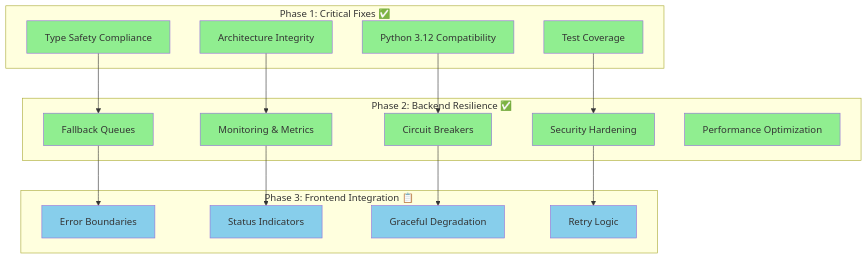
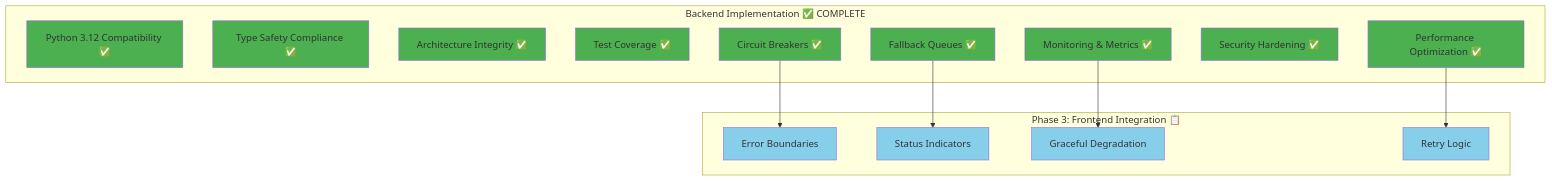
One commit to ottobunge/Photo-Explorer changed the first of 4 diagrams in spec/current/PHASES_OVERVIEW.md. Above: the diagram before and after it, drawn with Mermaid. The commit also changed other lines of this file and 4 other files, not shown here.

````diff
--- a/spec/current/PHASES_OVERVIEW.md
+++ b/spec/current/PHASES_OVERVIEW.md
@@ -8,48 +8,40 @@
 ```mermaid
 graph TB
-    subgraph "Phase 1: Critical Fixes ✅"
-        P1A[Python 3.12 Compatibility]
-        P1B[Type Safety Compliance]
-        P1C[Architecture Integrity]
-        P1D[Test Coverage]
-    end
-
-    subgraph "Phase 2: Backend Resilience ✅"
-        P2A[Circuit Breakers]
-        P2B[Fallback Queues]
-        P2C[Monitoring & Metrics]
-        P2D[Security Hardening]
-        P2E[Performance Optimization]
+    subgraph "Backend Implementation ✅ COMPLETE"
+        P1A[Python 3.12 Compatibility ✅]
+        P1B[Type Safety Compliance ✅]
+        P1C[Architecture Integrity ✅]
+        P1D[Test Coverage ✅]
+        P2A[Circuit Breakers ✅]
+        P2B[Fallback Queues ✅]
+        P2C[Monitoring & Metrics ✅]
+        P2D[Security Hardening ✅]
+        P2E[Performance Optimization ✅]
     end
 
     subgraph "Phase 3: Frontend Integration 📋"
         P3A[Error Boundaries]
         P3B[Status Indicators]
         P3C[Graceful Degradation]
         P3D[Retry Logic]
     end
 
-    P1A --> P2A
-    P1B --> P2B
-    P1C --> P2C
-    P1D --> P2D
+    P2A --> P3A
+    P2B --> P3B
+    P2C --> P3C
+    P2E --> P3D
 
-    P2A --> P3C
-    P2B --> P3A
-    P2C --> P3B
-    P2D --> P3D
-
-    style P1A fill:#90EE90
-    style P1B fill:#90EE90
-    style P1C fill:#90EE90
-    style P1D fill:#90EE90
-    style P2A fill:#90EE90
-    style P2B fill:#90EE90
-    style P2C fill:#90EE90
-    style P2D fill:#90EE90
-    style P2E fill:#90EE90
+    style P1A fill:#4CAF50
+    style P1B fill:#4CAF50
+    style P1C fill:#4CAF50
+    style P1D fill:#4CAF50
+    style P2A fill:#4CAF50
+    style P2B fill:#4CAF50
+    style P2C fill:#4CAF50
+    style P2D fill:#4CAF50
+    style P2E fill:#4CAF50
     style P3A fill:#87CEEB
     style P3B fill:#87CEEB
     style P3C fill:#87CEEB
     style P3D fill:#87CEEB
 ```
````
